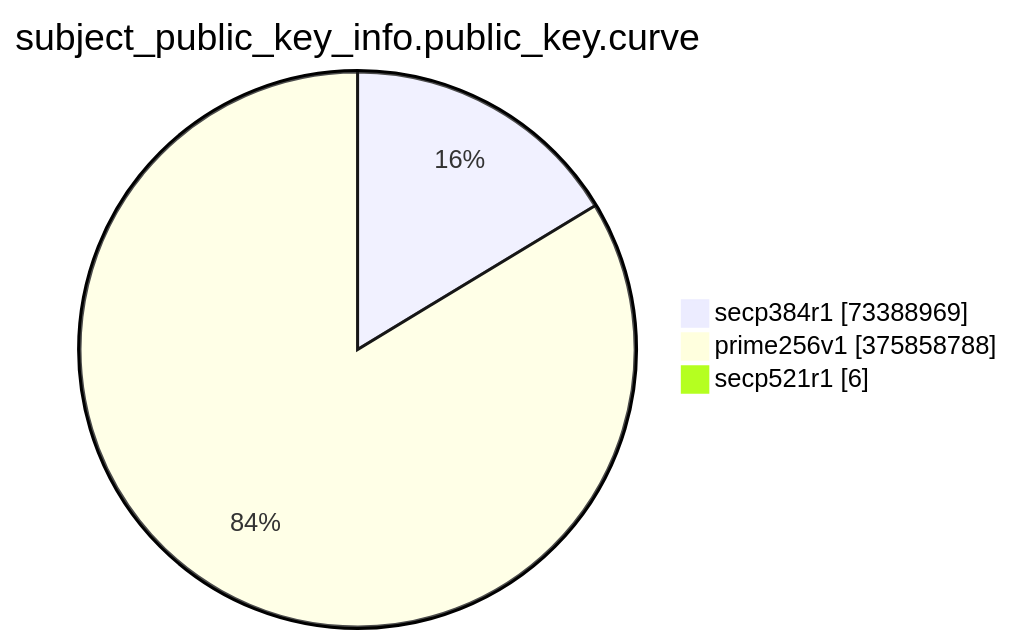
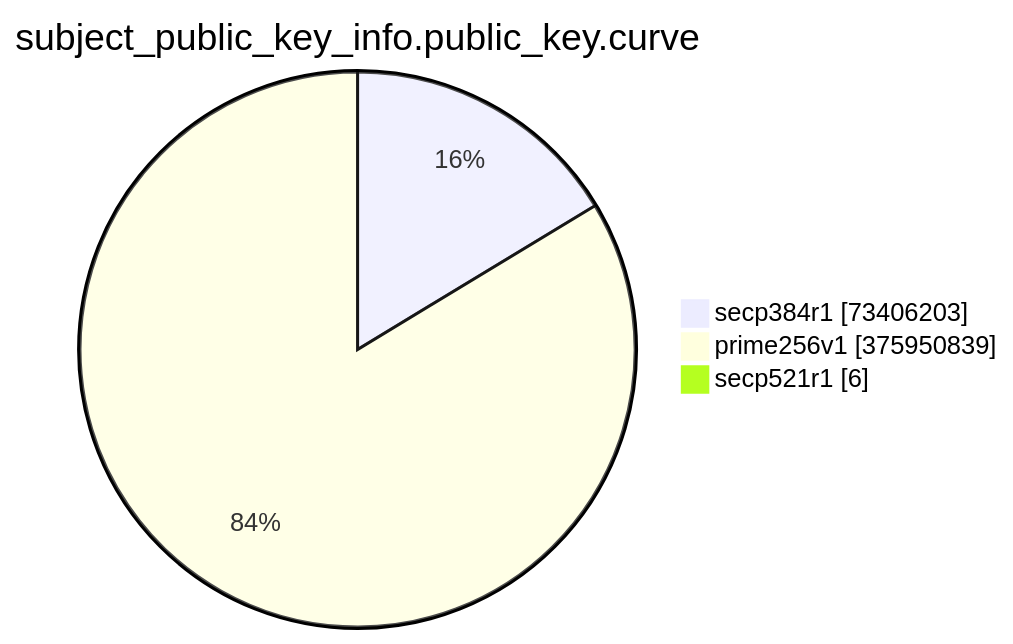
Before and after one commit to christiankrug/ctmonitor_visualization: the eighth of 15 diagrams in TOTAL/README.md, drawn with Mermaid. The commit also changed other lines of this file, not shown here.

````diff
--- a/TOTAL/README.md
+++ b/TOTAL/README.md
@@ -3092,7 +3092,7 @@
 ```mermaid
 pie showData
 title subject_public_key_info.public_key.curve
-"secp384r1" :73388969
-"prime256v1" :375858788
+"secp384r1" :73406203
+"prime256v1" :375950839
 "secp521r1" :6
 ```
````
